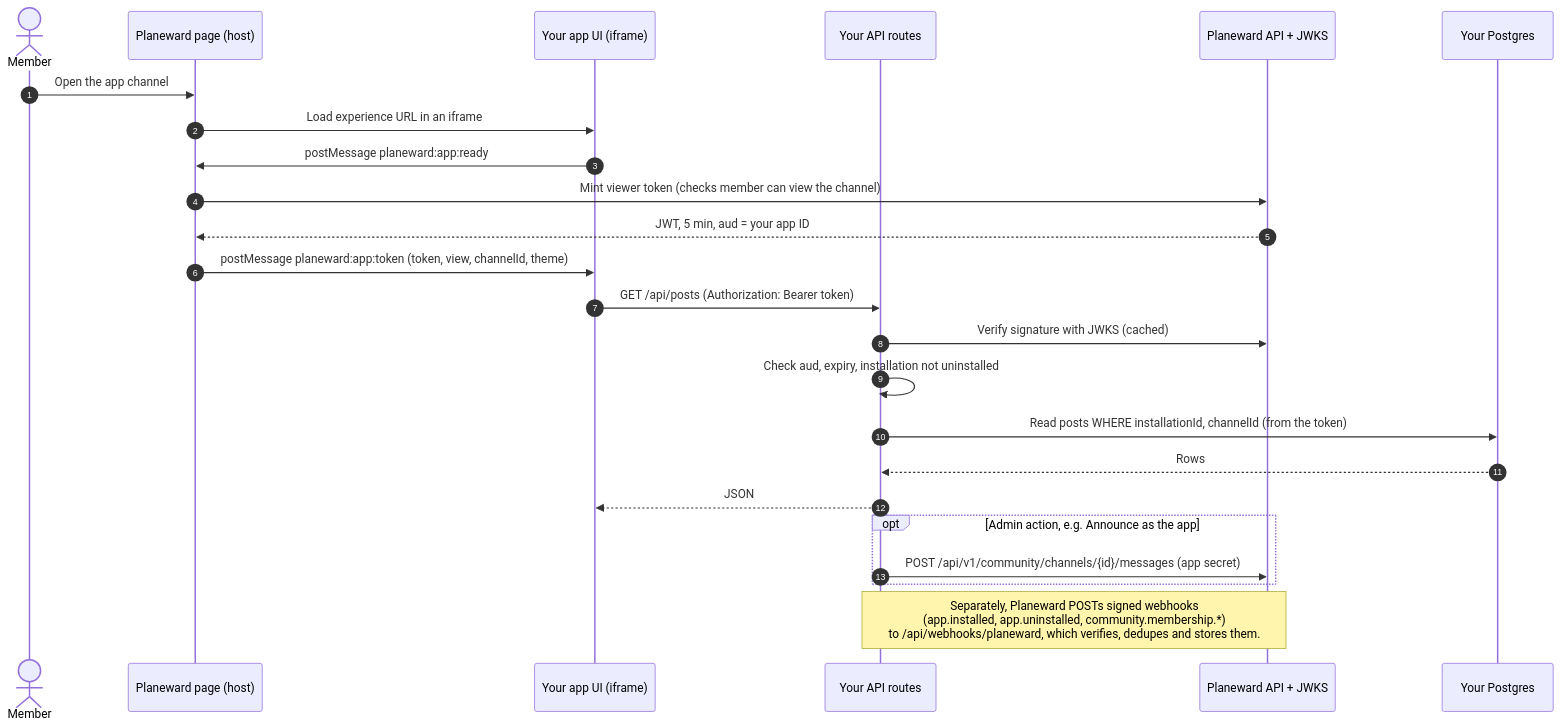
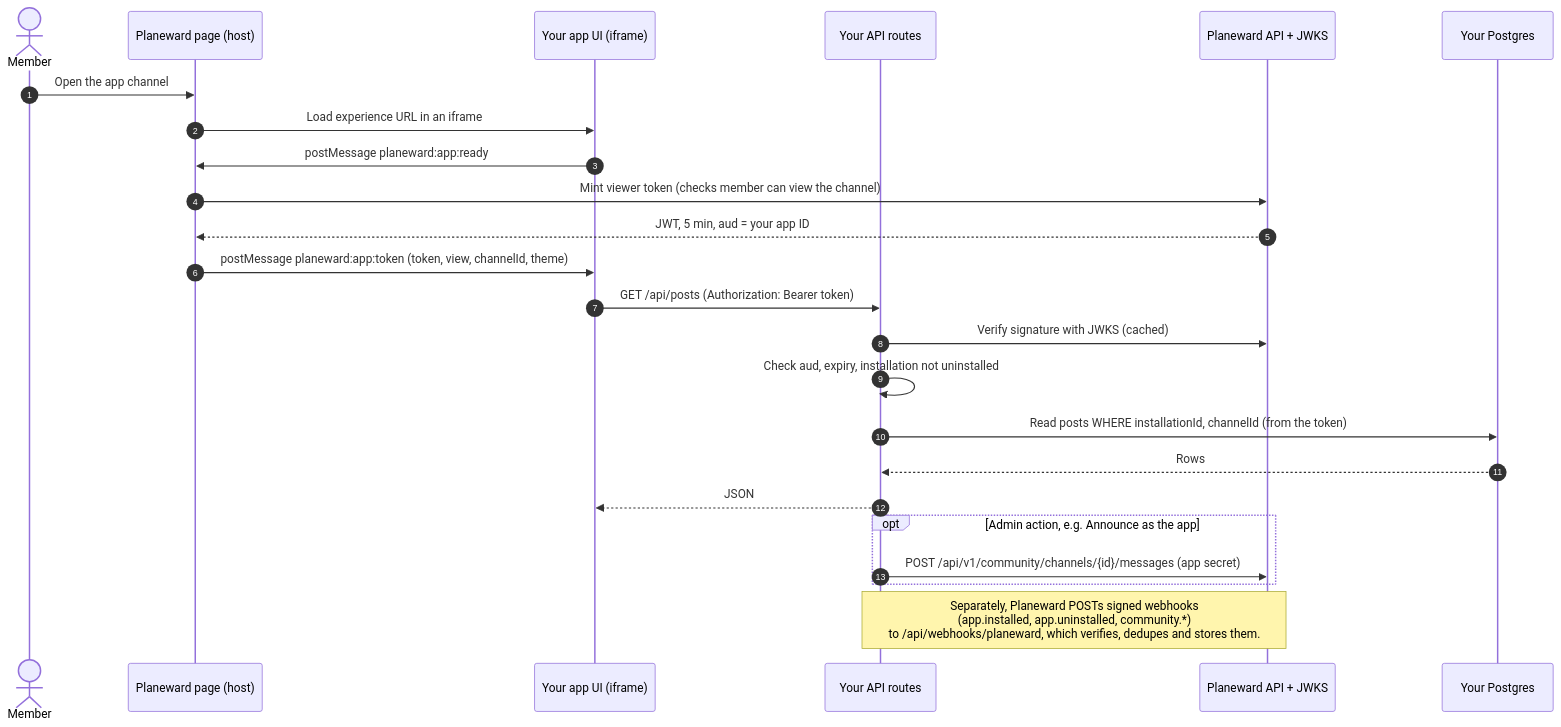
Before and after one commit to planeward/app-template: the second of 2 diagrams in docs/how-it-works.md, drawn with Mermaid. The commit also changed other lines of this file and 23 other files, not shown here.

First line of the commit message:
feat: implement first post badge feature in Planeward community app

````diff
--- a/docs/how-it-works.md
+++ b/docs/how-it-works.md
@@ -69,27 +69,27 @@
 ```mermaid
 sequenceDiagram
   autonumber
   actor Member
   participant Host as Planeward page (host)
   participant App as Your app UI (iframe)
   participant Server as Your API routes
   participant PW as Planeward API + JWKS
   participant DB as Your Postgres
 
   Member->>Host: Open the app channel
   Host->>App: Load experience URL in an iframe
   App->>Host: postMessage planeward:app:ready
   Host->>PW: Mint viewer token (checks member can view the channel)
   PW-->>Host: JWT, 5 min, aud = your app ID
   Host->>App: postMessage planeward:app:token (token, view, channelId, theme)
   App->>Server: GET /api/posts (Authorization: Bearer token)
   Server->>PW: Verify signature with JWKS (cached)
   Server->>Server: Check aud, expiry, installation not uninstalled
   Server->>DB: Read posts WHERE installationId, channelId (from the token)
   DB-->>Server: Rows
   Server-->>App: JSON
   opt Admin action, e.g. Announce as the app
     Server->>PW: POST /api/v1/community/channels/{id}/messages (app secret)
   end
-  Note over PW,Server: Separately, Planeward POSTs signed webhooks<br/>(app.installed, app.uninstalled, community.membership.*)<br/>to /api/webhooks/planeward, which verifies, dedupes and stores them.
+  Note over PW,Server: Separately, Planeward POSTs signed webhooks<br/>(app.installed, app.uninstalled, community.*)<br/>to /api/webhooks/planeward, which verifies, dedupes and stores them.
 ```
````
